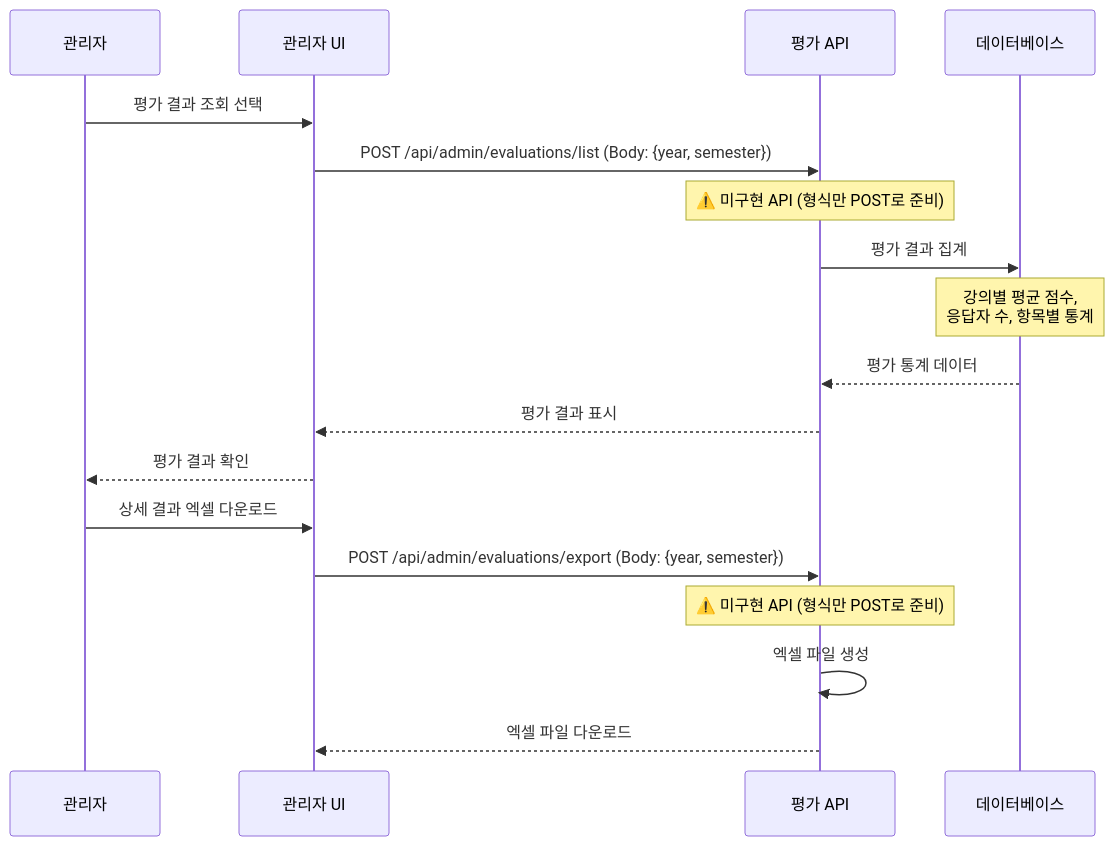
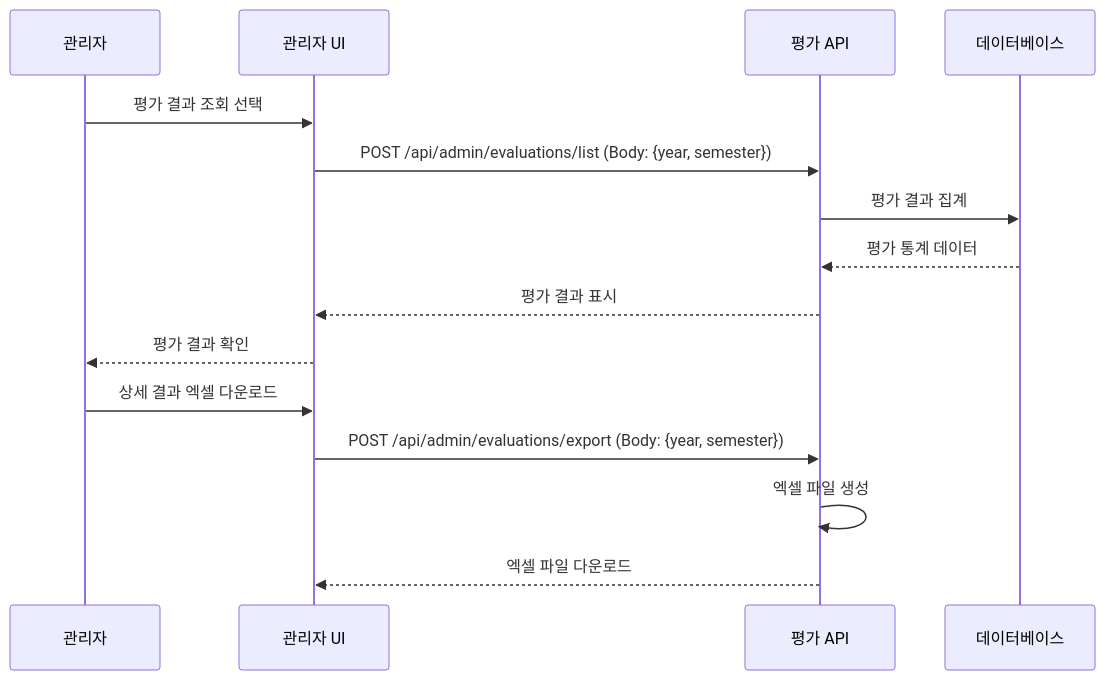
One commit to hooting76/blue-crab-lms changed the sixth of 8 diagrams in backend/BlueCrab/docs/강의관련기능/04-관리자플로우.md. Above: the diagram before and after it, drawn with Mermaid. The commit also changed other lines of this file and 19 other files, not shown here.

````diff
--- a/backend/BlueCrab/docs/강의관련기능/04-관리자플로우.md
+++ b/backend/BlueCrab/docs/강의관련기능/04-관리자플로우.md
@@ -272,23 +257,19 @@
 ```mermaid
 sequenceDiagram
     participant Admin as 관리자
     participant UI as 관리자 UI
     participant API as 평가 API
     participant DB as 데이터베이스
 
     Admin->>UI: 평가 결과 조회 선택
     UI->>API: POST /api/admin/evaluations/list (Body: {year, semester})
-    Note over API: ⚠️ 미구현 API (형식만 POST로 준비)
     API->>DB: 평가 결과 집계
-    Note over DB: 강의별 평균 점수,<br/>응답자 수, 항목별 통계
-
     DB-->>API: 평가 통계 데이터
     API-->>UI: 평가 결과 표시
     UI-->>Admin: 평가 결과 확인
 
     Admin->>UI: 상세 결과 엑셀 다운로드
     UI->>API: POST /api/admin/evaluations/export (Body: {year, semester})
-    Note over API: ⚠️ 미구현 API (형식만 POST로 준비)
     API->>API: 엑셀 파일 생성
     API-->>UI: 엑셀 파일 다운로드
 ```
````
